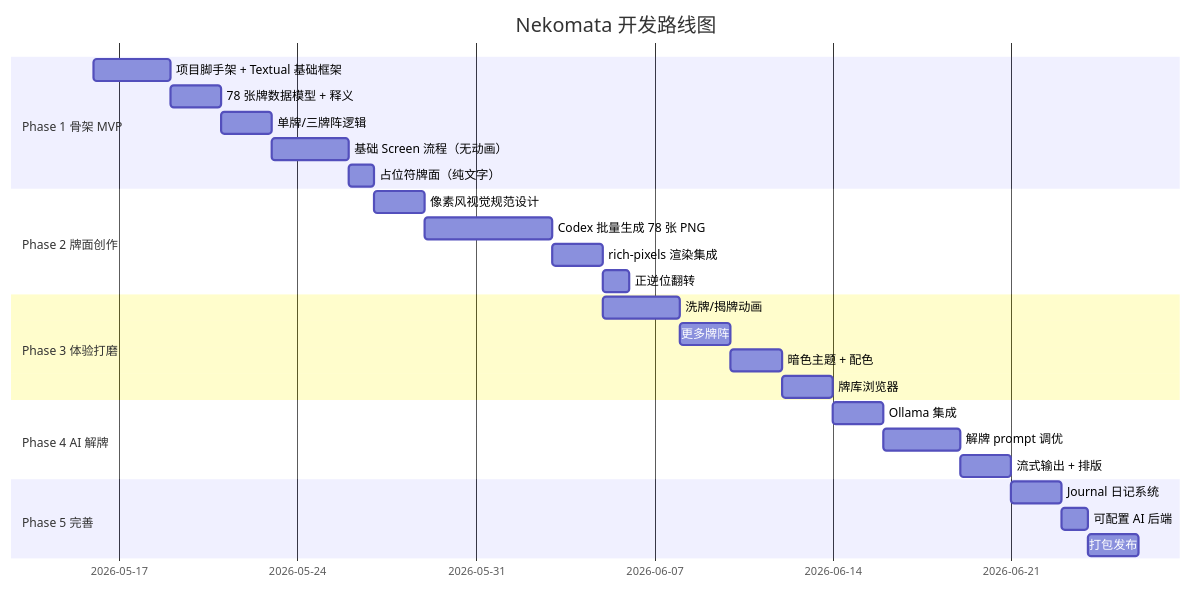
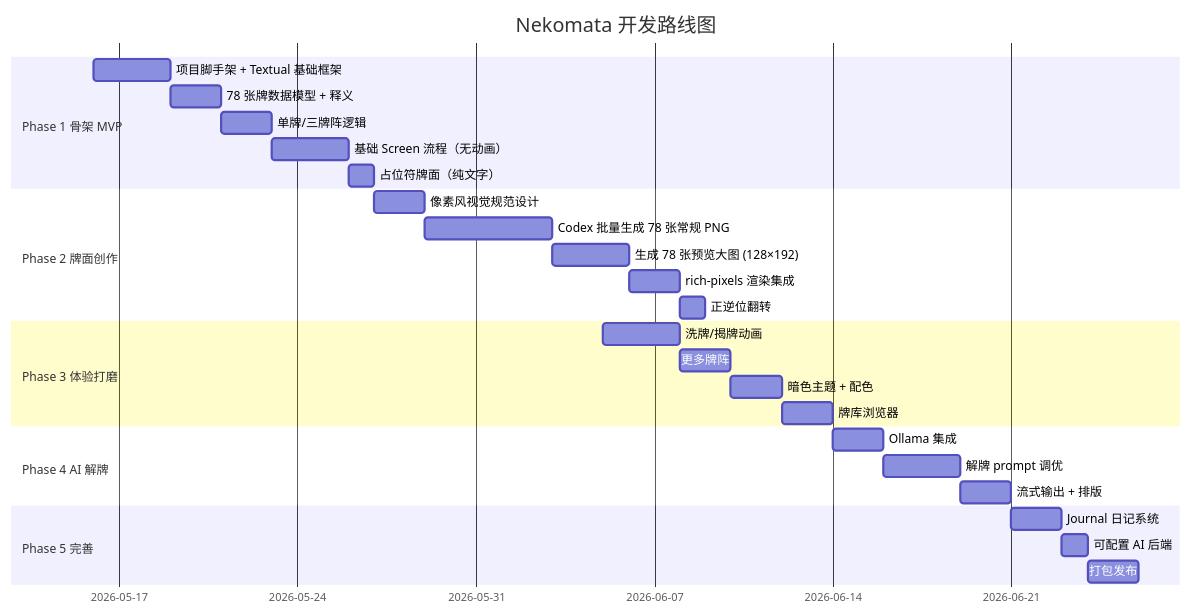
One commit to ce1an69/Nekomata changed the seventh of 7 diagrams in docs/architecture.md. Above: the diagram before and after it, drawn with Mermaid. The commit also changed other lines of this file and 1 other file, not shown here.

Commit message:
docs: update architecture with dual-size card preview design

````diff
--- a/docs/architecture.md
+++ b/docs/architecture.md
@@ -434,33 +446,34 @@
 ```mermaid
 gantt
     title Nekomata 开发路线图
     dateFormat  YYYY-MM-DD
     section Phase 1 骨架 MVP
     项目脚手架 + Textual 基础框架    :a1, 2026-05-16, 3d
     78 张牌数据模型 + 释义           :a2, after a1, 2d
     单牌/三牌阵逻辑                 :a3, after a2, 2d
     基础 Screen 流程（无动画）       :a4, after a3, 3d
     占位符牌面（纯文字）             :a5, after a4, 1d
 
     section Phase 2 牌面创作
     像素风视觉规范设计               :b1, 2026-05-27, 2d
-    Codex 批量生成 78 张 PNG         :b2, after b1, 5d
-    rich-pixels 渲染集成             :b3, after b2, 2d
+    Codex 批量生成 78 张常规 PNG     :b2, after b1, 5d
+    生成 78 张预览大图 (128×192)     :b2b, after b2, 3d
+    rich-pixels 渲染集成             :b3, after b2b, 2d
     正逆位翻转                       :b4, after b3, 1d
 
     section Phase 3 体验打磨
     洗牌/揭牌动画                    :c1, 2026-06-05, 3d
     更多牌阵                         :c2, after c1, 2d
     暗色主题 + 配色                  :c3, after c2, 2d
     牌库浏览器                       :c4, after c3, 2d
 
     section Phase 4 AI 解牌
     Ollama 集成                      :d1, 2026-06-14, 2d
     解牌 prompt 调优                 :d2, after d1, 3d
     流式输出 + 排版                  :d3, after d2, 2d
 
     section Phase 5 完善
     Journal 日记系统                 :e1, 2026-06-21, 2d
     可配置 AI 后端                   :e2, after e1, 1d
     打包发布                         :e3, after e2, 2d
 ```
````
